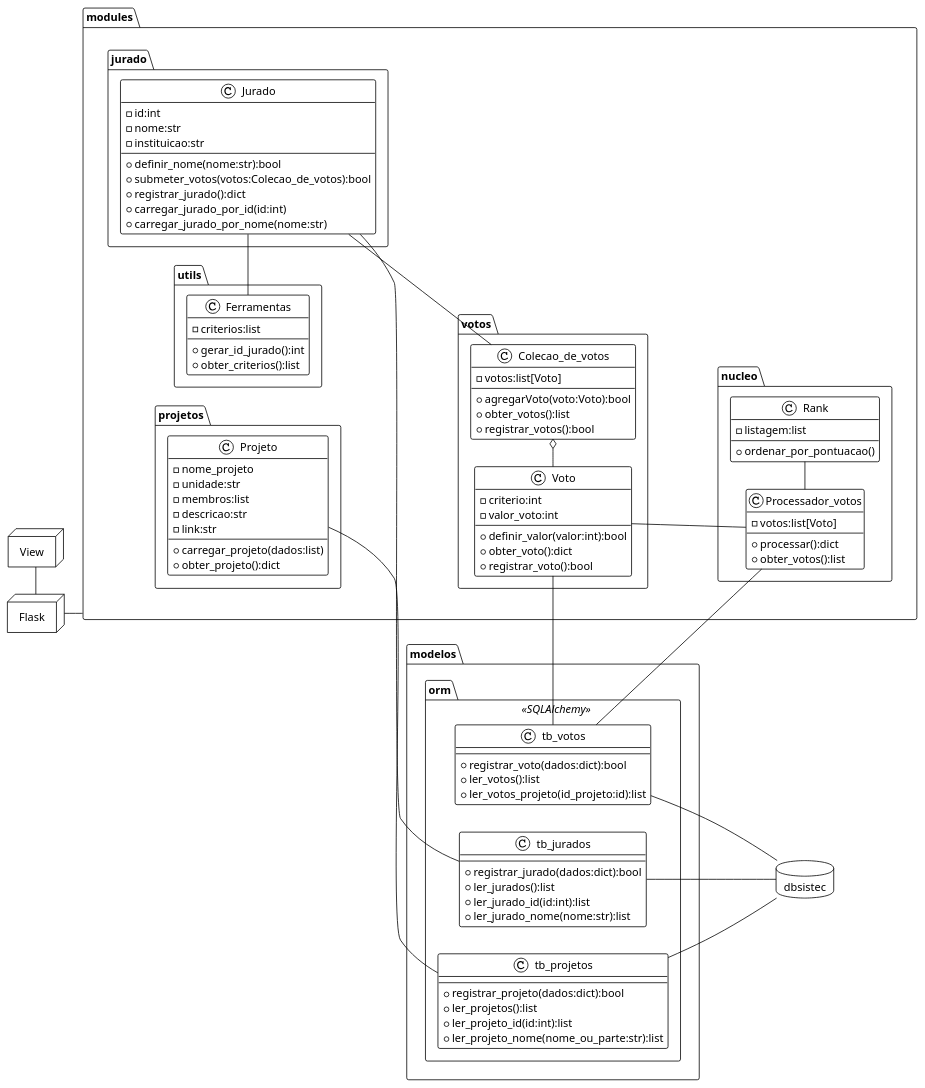
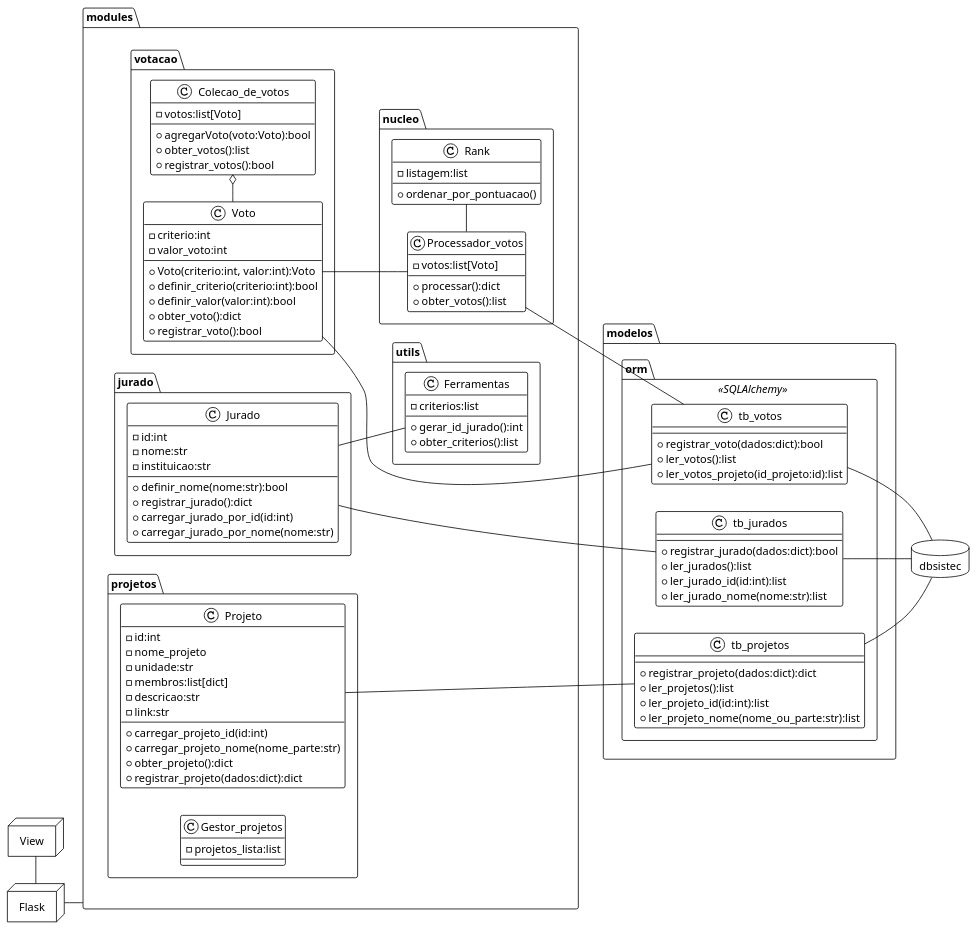
The diagram in project/classes.plantuml (sistemainternosmecict/svmp), drawn with PlantUML before and after one commit. The commit also changed 1 other file, not shown here.

Commit message:
docs(projeto): Diagrama de sequencia uc5.

```diff
--- a/project/classes.plantuml
+++ b/project/classes.plantuml
@@ -1,115 +1,122 @@
 @startuml Diagrama1
 !theme plain
 
 left to right direction
 
 package dbsistec <<Database>> {
 }
 
-package modules.votos {
+package modules.votacao {
 class Voto {
     -criterio:int
     -valor_voto:int
+    +Voto(criterio:int, valor:int):Voto
+    +definir_criterio(criterio:int):bool
     +definir_valor(valor:int):bool
     +obter_voto():dict
     +registrar_voto():bool
 }
 
 class Colecao_de_votos {
     -votos:list[Voto]
     +agregarVoto(voto:Voto):bool
     +obter_votos():list
     +registrar_votos():bool
 }
 } 
 
 package modules.jurado{
 class Jurado {
     -id:int
     -nome:str
 -instituicao:str
     +definir_nome(nome:str):bool
-    +submeter_votos(votos:Colecao_de_votos):bool
     +registrar_jurado():dict
 +carregar_jurado_por_id(id:int)
 +carregar_jurado_por_nome(nome:str)
 }
 }
 
 package modules.utils {
 class Ferramentas {
 -criterios:list
 +gerar_id_jurado():int
 +obter_criterios():list
 } 
 }
 
 package modules.nucleo{
 class Processador_votos{
 -votos:list[Voto]
 +processar():dict
 +obter_votos():list
 }
 
 class Rank{
 -listagem:list
 +ordenar_por_pontuacao()
 }
 }
 
 package modules.projetos {
 class Projeto{
+-id:int
 -nome_projeto
 -unidade:str
--membros:list
+-membros:list[dict]
 -descricao:str
 -link:str
-+carregar_projeto(dados:list)
++carregar_projeto_id(id:int)
++carregar_projeto_nome(nome_parte:str)
 +obter_projeto():dict
++registrar_projeto(dados:dict):dict
+}
+
+class Gestor_projetos {
+-projetos_lista:list
 }
 }
 
 package modelos {
 package orm <<SQLAlchemy>> {
 class tb_jurados{
 +registrar_jurado(dados:dict):bool
 +ler_jurados():list
 +ler_jurado_id(id:int):list
 +ler_jurado_nome(nome:str):list
 } 
 class tb_votos {
 +registrar_voto(dados:dict):bool
 +ler_votos():list
 +ler_votos_projeto(id_projeto:id):list
 } 
 class tb_projetos{
-+registrar_projeto(dados:dict):bool
++registrar_projeto(dados:dict):dict
 +ler_projetos():list
 +ler_projeto_id(id:int):list
 +ler_projeto_nome(nome_ou_parte:str):list
 }
 } 
 }
 
 package View <<Node>>{
 }
 
 package Flask as fl <<Node>>{
 } 
 
-Jurado -- Colecao_de_votos
-Jurado -left- Ferramentas
+Jurado -- Ferramentas
 Colecao_de_votos o-left- Voto
 Voto -- Processador_votos
 Processador_votos -- tb_votos
 tb_votos -- dbsistec
 tb_jurados -- dbsistec
 tb_projetos -- dbsistec
-Voto -left- tb_votos
+Voto -- tb_votos
 Jurado -- tb_jurados
 Projeto -- tb_projetos
 Rank -left- Processador_votos
 View - fl
 fl -- modules
 
 @enduml
```
